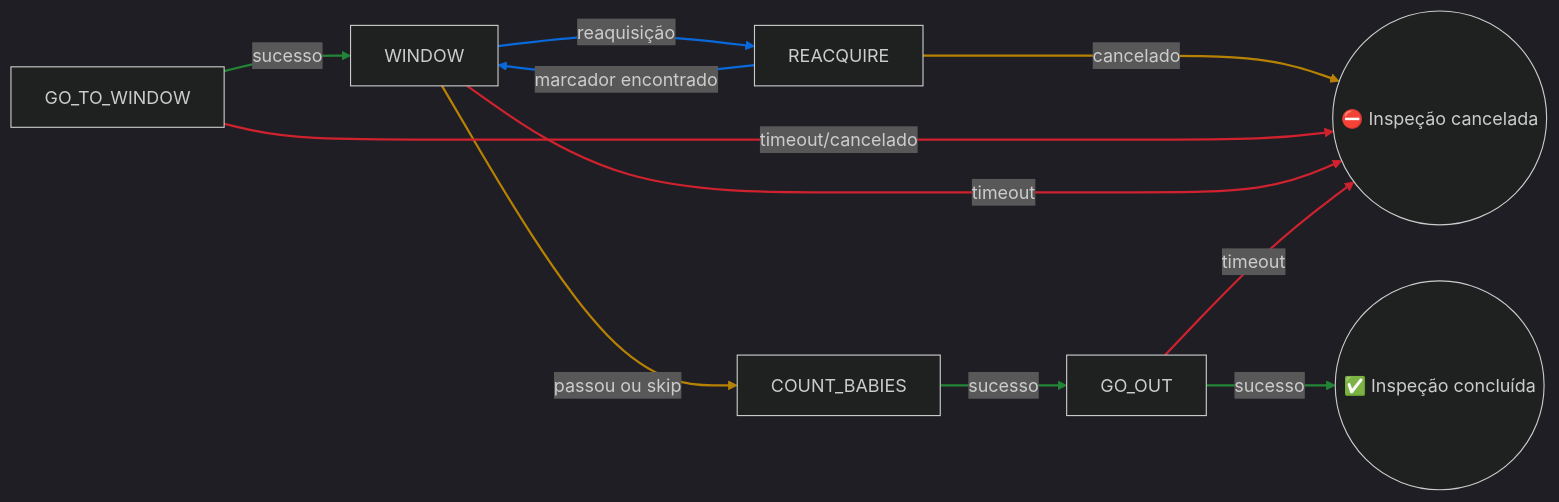
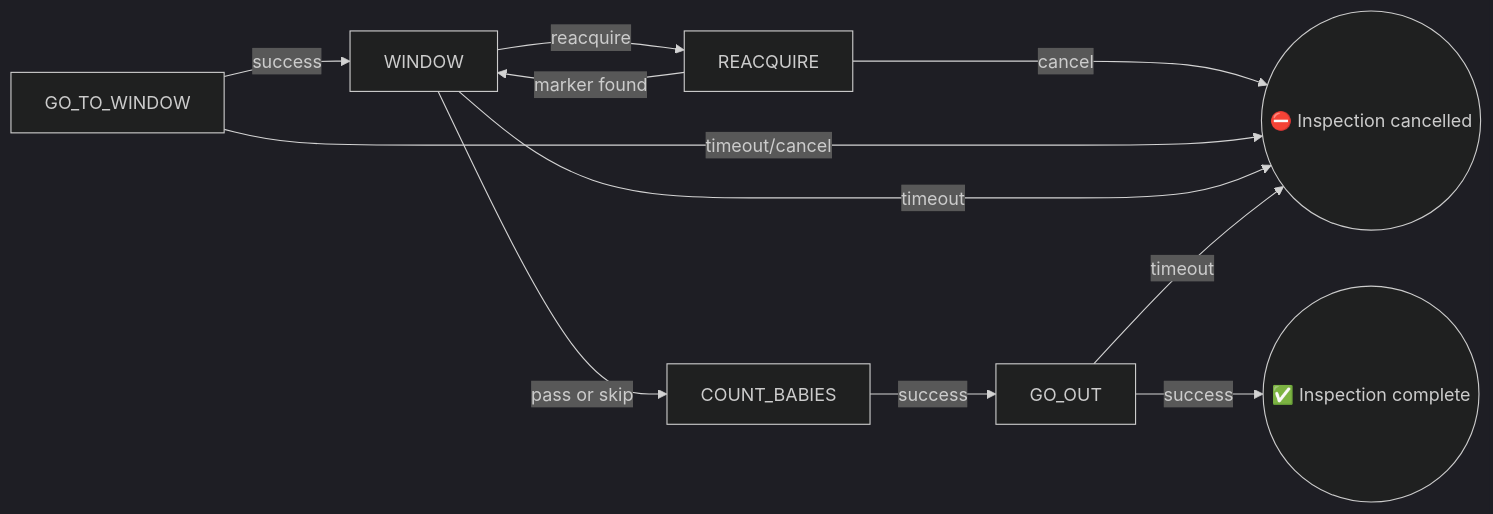
One commit to Black-Bee-Drones/imav-2026 changed the fourth of 7 diagrams in indoor/README.md. Above: the diagram before and after it, drawn with Mermaid (dark theme). The commit also changed other lines of this file and 13 other files, not shown here.

````diff
--- a/indoor/README.md
+++ b/indoor/README.md
@@ -233,18 +216,13 @@
 ```mermaid
 flowchart LR
-    A[GO_TO_WINDOW] -->|sucesso| B[WINDOW]
-    B -->|reaquisição| C[REACQUIRE]
-    C -->|marcador encontrado| B
-    C -->|cancelado| X((⛔ Inspeção cancelada))
-    B -->|passou ou skip| D[COUNT_BABIES]
-    D -->|sucesso| E[GO_OUT]
-    E -->|sucesso| F((✅ Inspeção concluída))
-    A -->|timeout/cancelado| X
+    A[GO_TO_WINDOW] -->|success| B[WINDOW]
+    B -->|reacquire| C[REACQUIRE]
+    C -->|marker found| B
+    C -->|cancel| X((⛔ Inspection cancelled))
+    B -->|pass or skip| D[COUNT_BABIES]
+    D -->|success| E[GO_OUT]
+    E -->|success| F((✅ Inspection complete))
+    A -->|timeout/cancel| X
     B -->|timeout| X
     E -->|timeout| X
-
-    linkStyle 0,5,6 stroke:#238636,stroke-width:2px
-    linkStyle 1,2 stroke:#0969da,stroke-width:2px
-    linkStyle 3,4 stroke:#b78103,stroke-width:2px
-    linkStyle 7,8,9 stroke:#cf222e,stroke-width:2px
 ```
````
